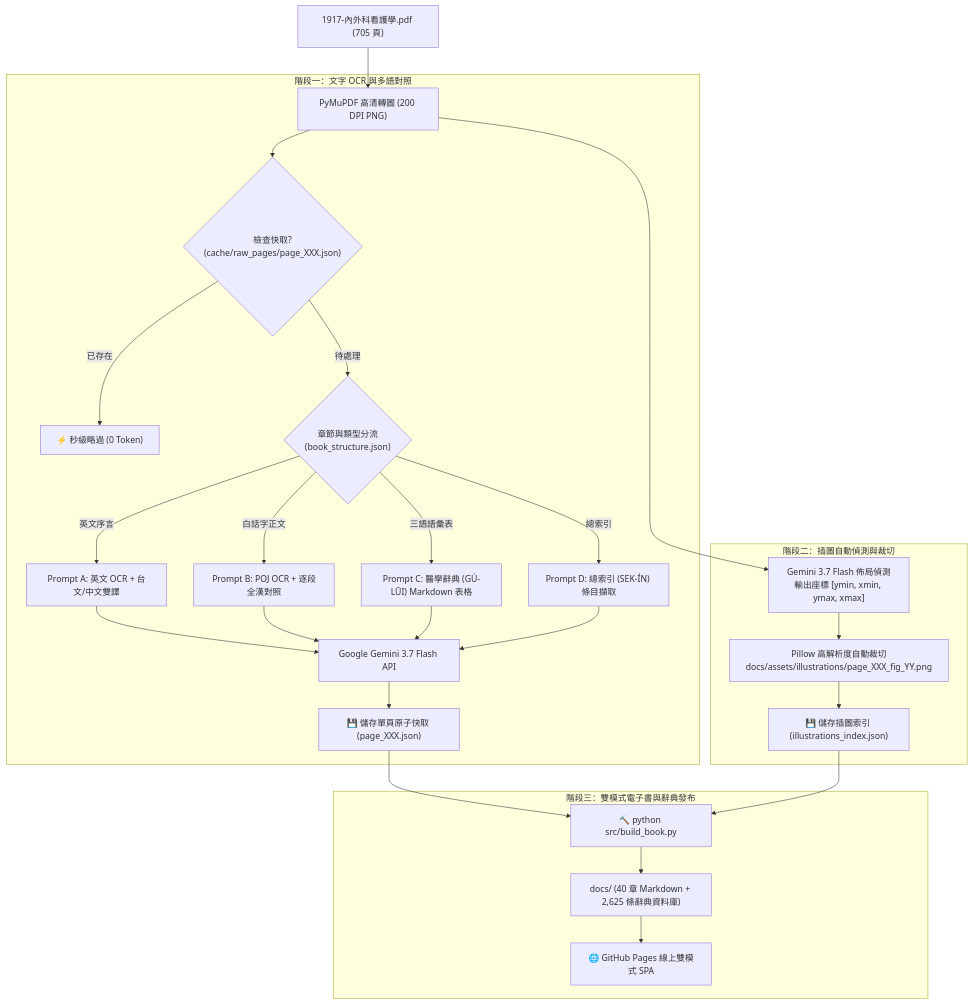
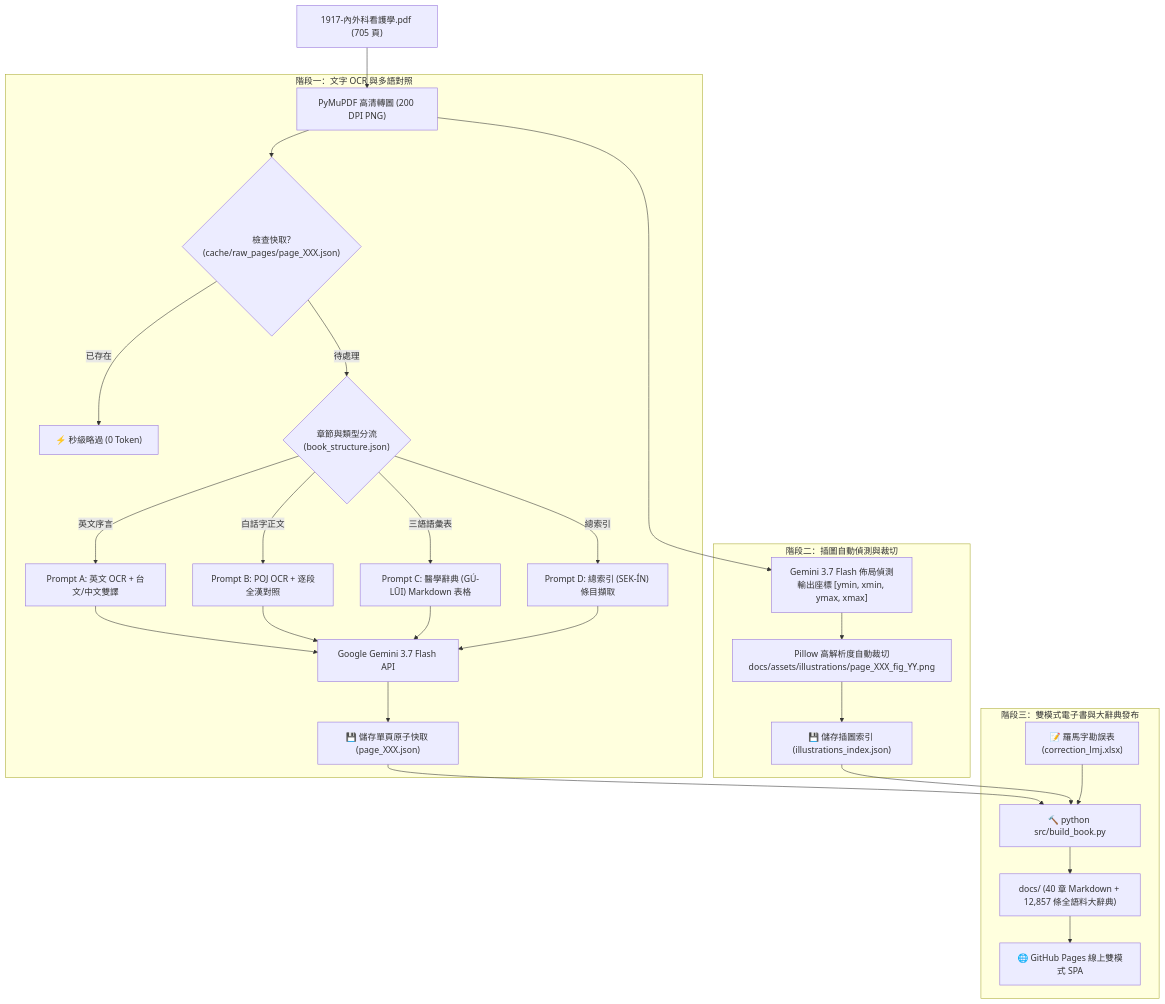
Before and after one commit to SinLiongToo/laigoakho_Tejinsiu_ebook: the diagram in README.md, drawn with Mermaid. The commit also changed other lines of this file and 6 other files, not shown here.

Commit message:
feat: integrate dynamic POJ correction table (correction_lmj.xlsx) to calibrate OCR typos, merge dictionary entries, and update skills, rules, and docs

````diff
--- a/README.md
+++ b/README.md
@@ -54,28 +54,29 @@
 ```mermaid
 flowchart TD
     PDF["1917-內外科看護學.pdf (705 頁)"] --> PDFProc["PyMuPDF 高清轉圖 (200 DPI PNG)"]
     
     subgraph OCR_Phase ["階段一：文字 OCR 與多語對照"]
         PDFProc --> CacheCheck{"檢查快取?<br>(cache/raw_pages/page_XXX.json)"}
         CacheCheck -->|已存在| SkipOCR["⚡ 秒級略過 (0 Token)"]
         CacheCheck -->|待處理| Classify{"章節與類型分流<br>(book_structure.json)"}
         Classify -->|英文序言| P1["Prompt A: 英文 OCR + 台文/中文雙譯"]
         Classify -->|白話字正文| P2["Prompt B: POJ OCR + 逐段全漢對照"]
         Classify -->|三語語彙表| P3["Prompt C: 醫學辭典 (GÚ-LŪI) Markdown 表格"]
         Classify -->|總索引| P4["Prompt D: 總索引 (SEK-ÍN) 條目擷取"]
         P1 & P2 & P3 & P4 --> GeminiOCR["Google Gemini 3.7 Flash API"]
         GeminiOCR --> SaveRaw["💾 儲存單頁原子快取 (page_XXX.json)"]
     end
 
     subgraph Fig_Phase ["階段二：插圖自動偵測與裁切"]
         PDFProc --> FigDetect["Gemini 3.7 Flash 佈局偵測<br>輸出座標 [ymin, xmin, ymax, xmax]"]
         FigDetect --> Crop["Pillow 高解析度自動裁切<br>docs/assets/illustrations/page_XXX_fig_YY.png"]
         Crop --> SaveFigIndex["💾 儲存插圖索引 (illustrations_index.json)"]
     end
 
-    subgraph Build_Phase ["階段三：雙模式電子書與辭典發布"]
-        SaveRaw & SaveFigIndex --> Builder["🔨 python src/build_book.py"]
-        Builder --> Docs["docs/ (40 章 Markdown + 2,625 條辭典資料庫)"]
+    subgraph Build_Phase ["階段三：雙模式電子書與大辭典發布"]
+        CorrectionTable["📝 羅馬字勘誤表<br>(correction_lmj.xlsx)"]
+        SaveRaw & SaveFigIndex & CorrectionTable --> Builder["🔨 python src/build_book.py"]
+        Builder --> Docs["docs/ (40 章 Markdown + 12,857 條全語料大辭典)"]
         Docs --> GHPages["🌐 GitHub Pages 線上雙模式 SPA"]
     end
 ```
````
